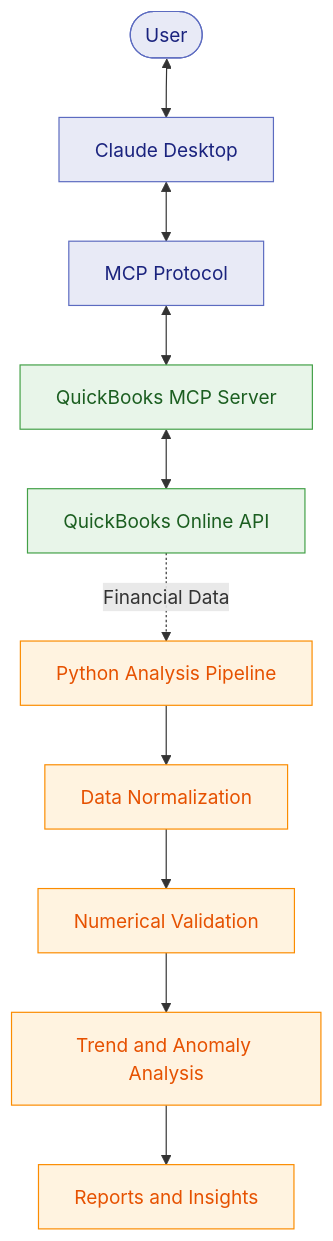
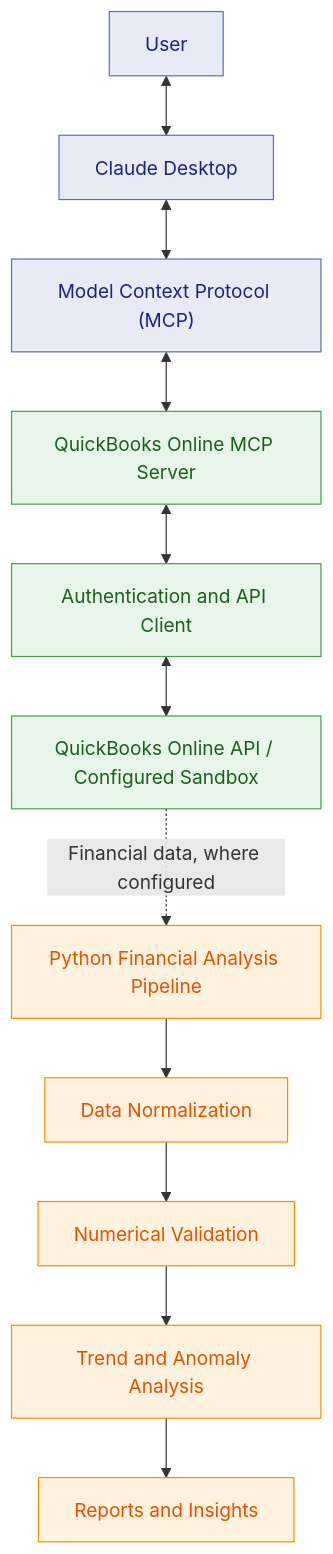
Before and after one commit to Chandrashekhar-cloud/RE-Financial-AI-Solutions-Builder: the diagram in README.md, drawn with Mermaid. The commit also changed other lines of this file, not shown here.

````diff
--- a/README.md
+++ b/README.md
@@ -42,21 +49,22 @@
 ```mermaid
 flowchart TD
-    U([User]) <--> C[Claude Desktop]
-    C <--> M[MCP Protocol]
-    M <--> S[QuickBooks MCP Server]
-    S <--> Q[QuickBooks Online API]
+    U["User"] <--> C["Claude Desktop"]
+    C <--> M["Model Context Protocol (MCP)"]
+    M <--> S["QuickBooks Online MCP Server"]
+    S <--> A["Authentication and API Client"]
+    A <--> Q["QuickBooks Online API / Configured Sandbox"]
 
-    Q -. Financial Data .-> P[Python Analysis Pipeline]
-    P --> N[Data Normalization]
-    N --> V[Numerical Validation]
-    V --> T[Trend and Anomaly Analysis]
-    T --> R[Reports and Insights]
+    Q -. "Financial data, where configured" .-> P["Python Financial Analysis Pipeline"]
+    P --> N["Data Normalization"]
+    N --> V["Numerical Validation"]
+    V --> T["Trend and Anomaly Analysis"]
+    T --> R["Reports and Insights"]
 
     classDef ai fill:#e8eaf6,stroke:#5c6bc0,color:#1a237e
     classDef integration fill:#e8f5e9,stroke:#43a047,color:#1b5e20
     classDef analysis fill:#fff3e0,stroke:#fb8c00,color:#e65100
 
     class U,C,M ai
-    class S,Q integration
+    class S,A,Q integration
     class P,N,V,T,R analysis
 ```
````
